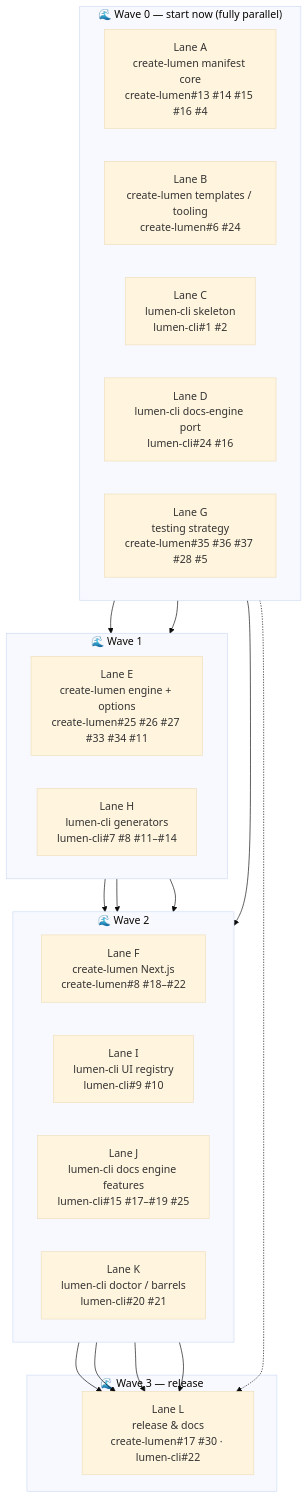
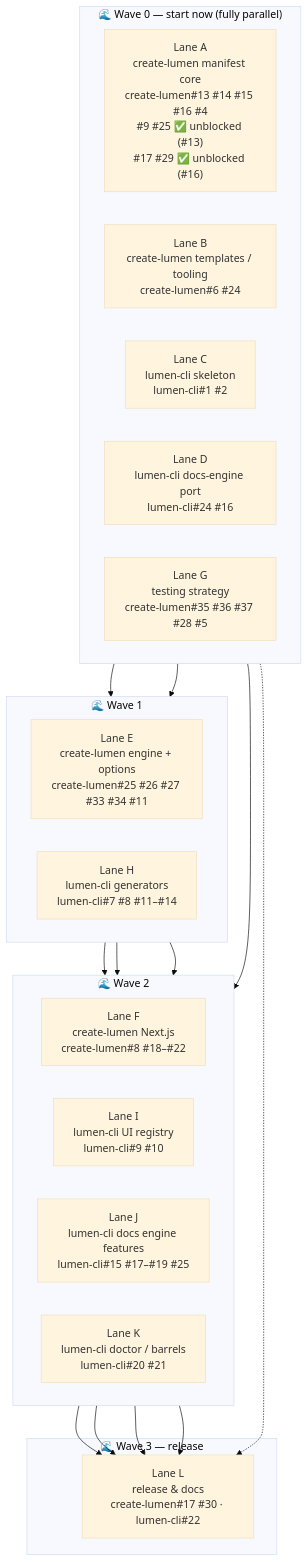
Before and after one commit to LUMEN-SH/lumen-cli: the fourth of 6 diagrams in docs/PLAN.md, drawn with Mermaid (base theme). The commit also changed other lines of this file and 1 other file, not shown here.

Commit message:
docs: update dependency graph and waves to include all issues

````diff
--- a/docs/PLAN.md
+++ b/docs/PLAN.md
@@ -118,40 +122,40 @@
 ```mermaid
 flowchart TB
     subgraph W0["🌊 Wave 0 — start now (fully parallel)"]
         direction LR
-        LaneA["Lane A<br/>create-lumen manifest core<br/>create-lumen#13 #14 #15 #16 #4"]
+        LaneA["Lane A<br/>create-lumen manifest core<br/>create-lumen#13 #14 #15 #16 #4<br/>#9 #25 ✅ unblocked (#13)<br/>#17 #29 ✅ unblocked (#16)"]
         LaneB["Lane B<br/>create-lumen templates / tooling<br/>create-lumen#6 #24"]
         LaneC["Lane C<br/>lumen-cli skeleton<br/>lumen-cli#1 #2"]
         LaneD["Lane D<br/>lumen-cli docs-engine port<br/>lumen-cli#24 #16"]
         LaneG["Lane G<br/>testing strategy<br/>create-lumen#35 #36 #37 #28 #5"]
     end
 
     subgraph W1["🌊 Wave 1"]
         direction LR
         LaneE["Lane E<br/>create-lumen engine + options<br/>create-lumen#25 #26 #27 #33 #34 #11"]
         LaneH["Lane H<br/>lumen-cli generators<br/>lumen-cli#7 #8 #11–#14"]
     end
 
     subgraph W2["🌊 Wave 2"]
         direction LR
         LaneF["Lane F<br/>create-lumen Next.js<br/>create-lumen#8 #18–#22"]
         LaneI["Lane I<br/>lumen-cli UI registry<br/>lumen-cli#9 #10"]
         LaneJ["Lane J<br/>lumen-cli docs engine features<br/>lumen-cli#15 #17–#19 #25"]
         LaneK["Lane K<br/>lumen-cli doctor / barrels<br/>lumen-cli#20 #21"]
     end
 
     subgraph W3["🌊 Wave 3 — release"]
         LaneL["Lane L<br/>release &amp; docs<br/>create-lumen#17 #30 · lumen-cli#22"]
     end
 
     LaneA --> LaneE --> LaneF
     LaneC --> LaneH
     LaneH --> LaneI
     LaneH --> LaneK
     LaneD --> LaneJ
     LaneG -.-> LaneL
     LaneF --> LaneL
     LaneI --> LaneL
     LaneJ --> LaneL
     LaneK --> LaneL
 ```
````
